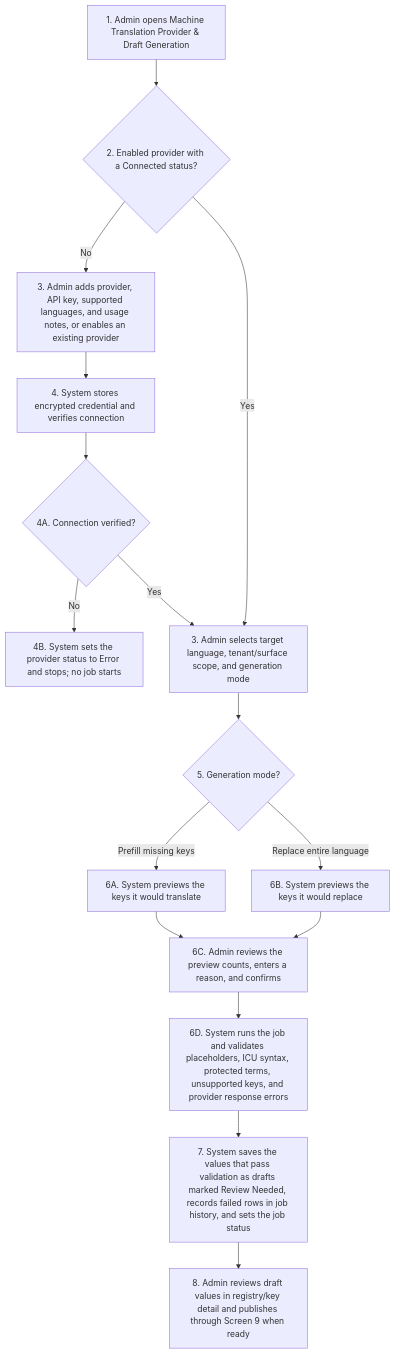
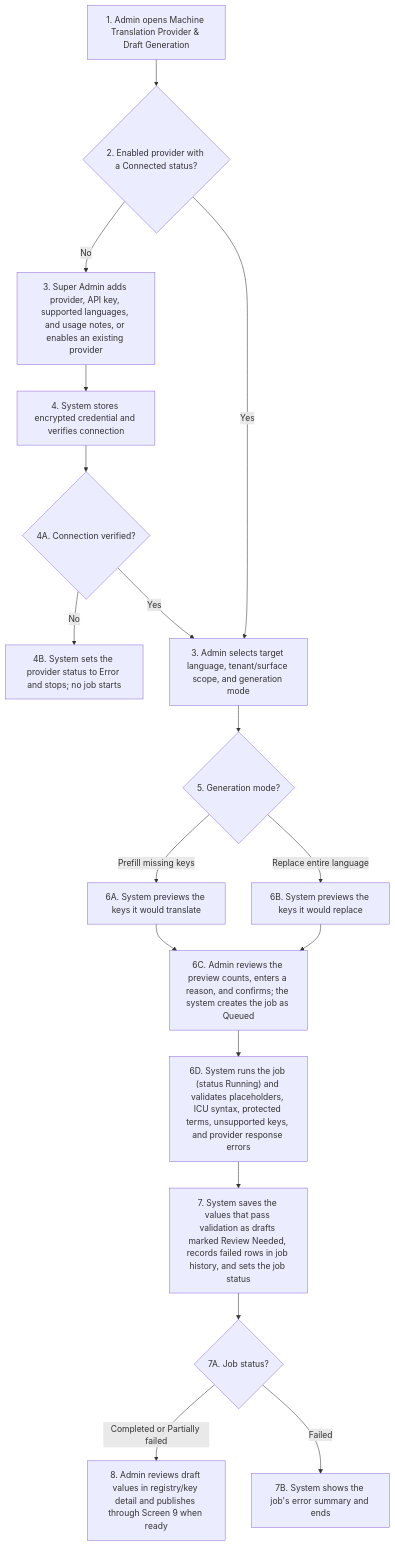
One commit to joachimtrungtuan/hairline-pm-docs changed the fourth of 4 diagrams in project-requirements/functional-requirements/fr021-i18n-localization/prd.md. Above: the diagram before and after it, drawn with Mermaid. The commit also changed other lines of this file and 5 other files, not shown here.

````diff
--- a/project-requirements/functional-requirements/fr021-i18n-localization/prd.md
+++ b/project-requirements/functional-requirements/fr021-i18n-localization/prd.md
@@ -198,19 +199,21 @@
 ```mermaid
 flowchart TD
   C1S1["1. Admin opens Machine Translation Provider & Draft Generation"]
   C1S1 --> C1S2{"2. Enabled provider with a Connected status?"}
-  C1S2 -->|No| C1S3["3. Admin adds provider, API key, supported languages, and usage notes, or enables an existing provider"]
+  C1S2 -->|No| C1S3["3. Super Admin adds provider, API key, supported languages, and usage notes, or enables an existing provider"]
   C1S3 --> C1S4["4. System stores encrypted credential and verifies connection"]
   C1S4 --> C1S4A{"4A. Connection verified?"}
   C1S4A -->|No| C1S4B["4B. System sets the provider status to Error and stops; no job starts"]
   C1S4A -->|Yes| C1S5
   C1S2 -->|Yes| C1S5["3. Admin selects target language, tenant/surface scope, and generation mode"]
   C1S5 --> C1S6{"5. Generation mode?"}
   C1S6 -->|Prefill missing keys| C1S7["6A. System previews the keys it would translate"]
   C1S6 -->|Replace entire language| C1S8["6B. System previews the keys it would replace"]
-  C1S7 --> C1S7A["6C. Admin reviews the preview counts, enters a reason, and confirms"]
+  C1S7 --> C1S7A["6C. Admin reviews the preview counts, enters a reason, and confirms; the system creates the job as Queued"]
   C1S8 --> C1S7A
-  C1S7A --> C1S7B["6D. System runs the job and validates placeholders, ICU syntax, protected terms, unsupported keys, and provider response errors"]
+  C1S7A --> C1S7B["6D. System runs the job (status Running) and validates placeholders, ICU syntax, protected terms, unsupported keys, and provider response errors"]
   C1S7B --> C1S9["7. System saves the values that pass validation as drafts marked Review Needed, records failed rows in job history, and sets the job status"]
-  C1S9 --> C1S10["8. Admin reviews draft values in registry/key detail and publishes through Screen 9 when ready"]
+  C1S9 --> C1S9A{"7A. Job status?"}
+  C1S9A -->|Completed or Partially failed| C1S10["8. Admin reviews draft values in registry/key detail and publishes through Screen 9 when ready"]
+  C1S9A -->|Failed| C1S11["7B. System shows the job's error summary and ends"]
 ```
````
